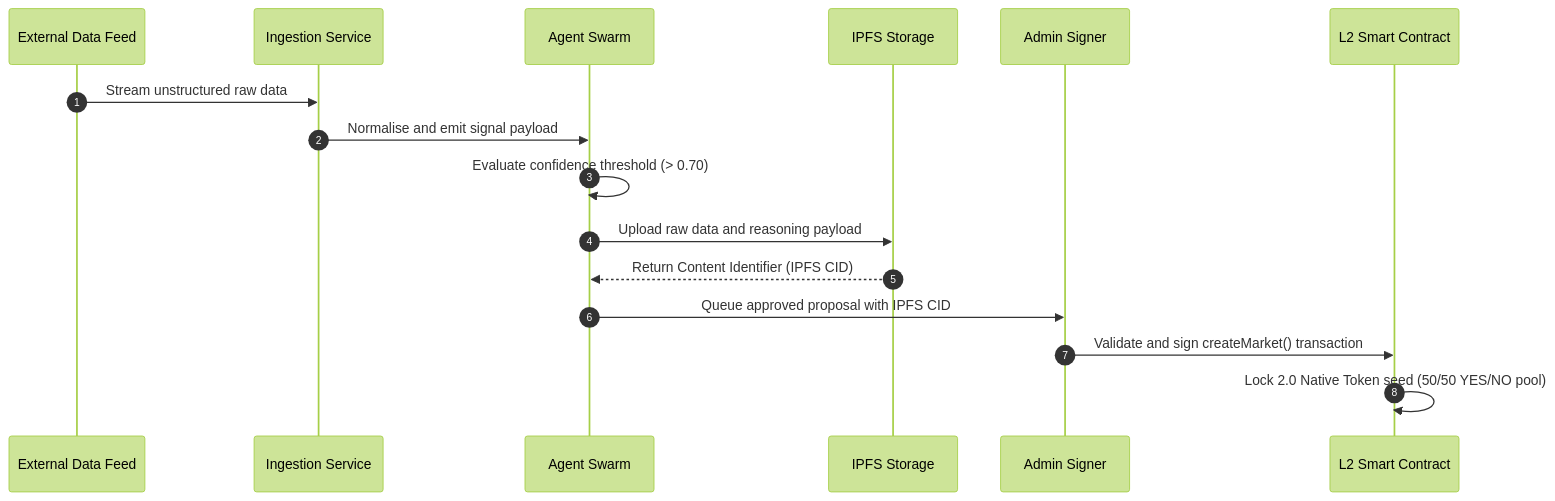
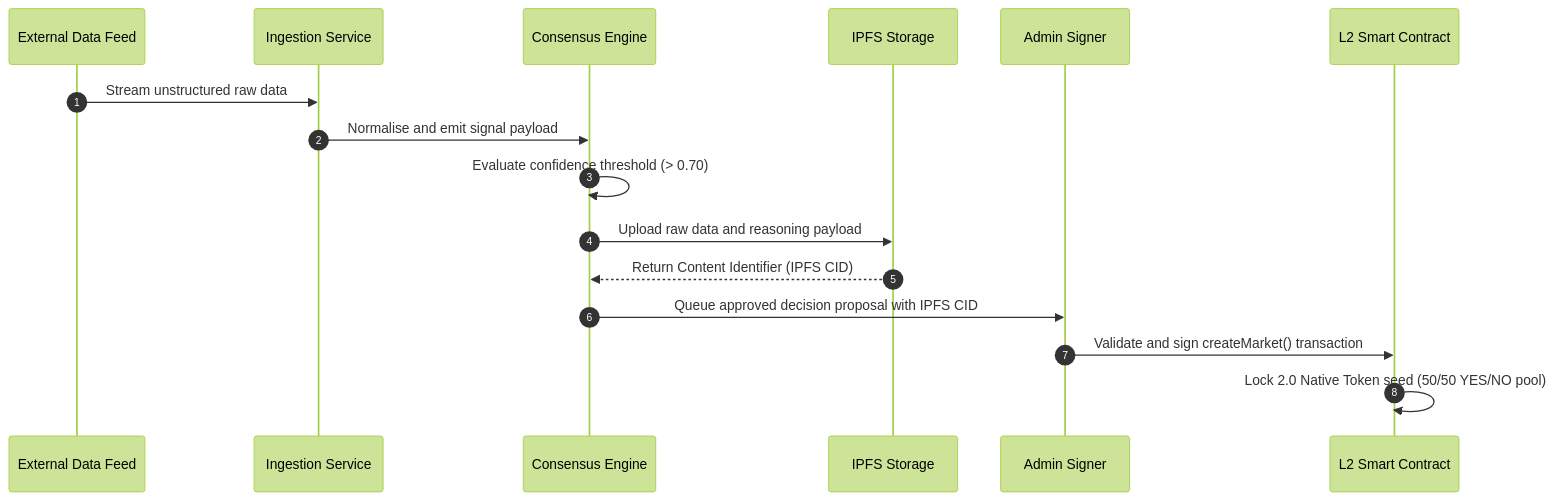
Before and after one commit to 0xaje/AiraMarKet: the first of 2 diagrams in ARCHITECTURE.md, drawn with Mermaid (forest theme). The commit also changed other lines of this file and 18 other files, not shown here.

````diff
--- a/ARCHITECTURE.md
+++ b/ARCHITECTURE.md
@@ -82,19 +82,19 @@
 ```mermaid
 sequenceDiagram
     autonumber
     participant Feed as External Data Feed
     participant Ingest as Ingestion Service
-    participant Swarm as Agent Swarm
+    participant Engine as Consensus Engine
     participant IPFS as IPFS Storage
     participant Admin as Admin Signer
     participant Contract as L2 Smart Contract
 
     Feed->>Ingest: Stream unstructured raw data
-    Ingest->>Swarm: Normalise and emit signal payload
-    Swarm->>Swarm: Evaluate confidence threshold (> 0.70)
-    Swarm->>IPFS: Upload raw data and reasoning payload
-    IPFS-->>Swarm: Return Content Identifier (IPFS CID)
-    Swarm->>Admin: Queue approved proposal with IPFS CID
+    Ingest->>Engine: Normalise and emit signal payload
+    Engine->>Engine: Evaluate confidence threshold (> 0.70)
+    Engine->>IPFS: Upload raw data and reasoning payload
+    IPFS-->>Engine: Return Content Identifier (IPFS CID)
+    Engine->>Admin: Queue approved decision proposal with IPFS CID
     Admin->>Contract: Validate and sign createMarket() transaction
     Contract->>Contract: Lock 2.0 Native Token seed (50/50 YES/NO pool)
 ```
````
